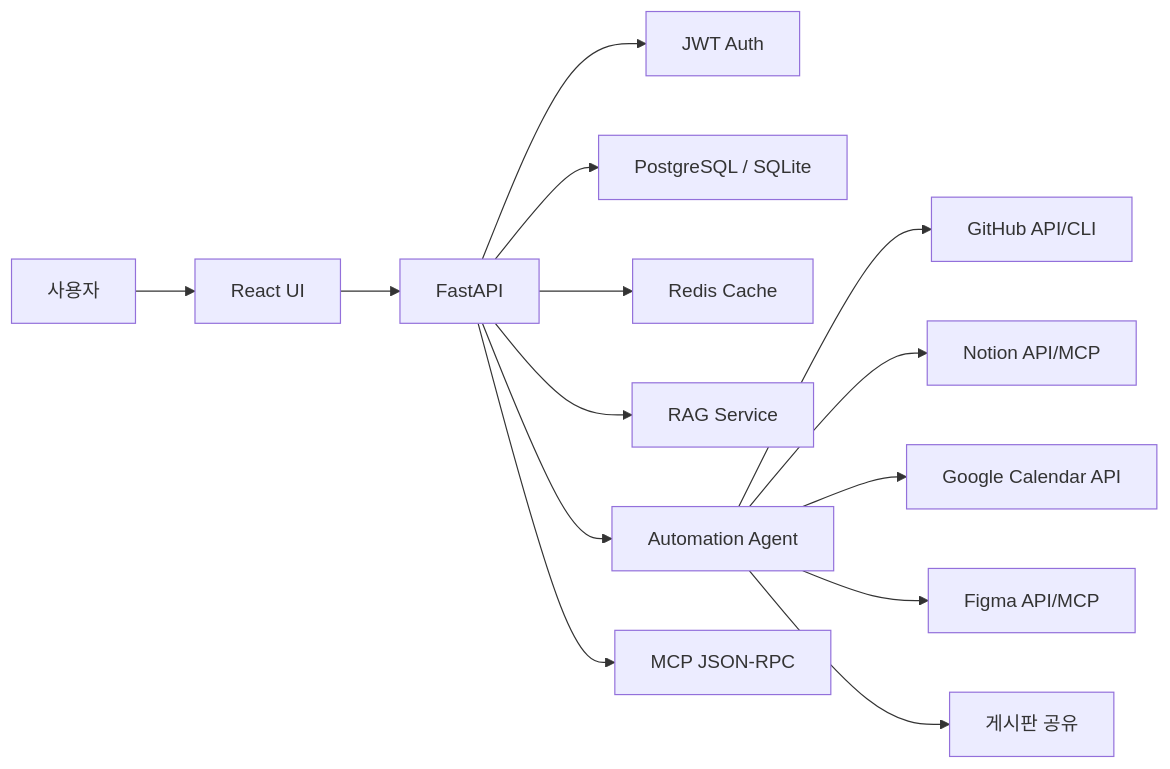
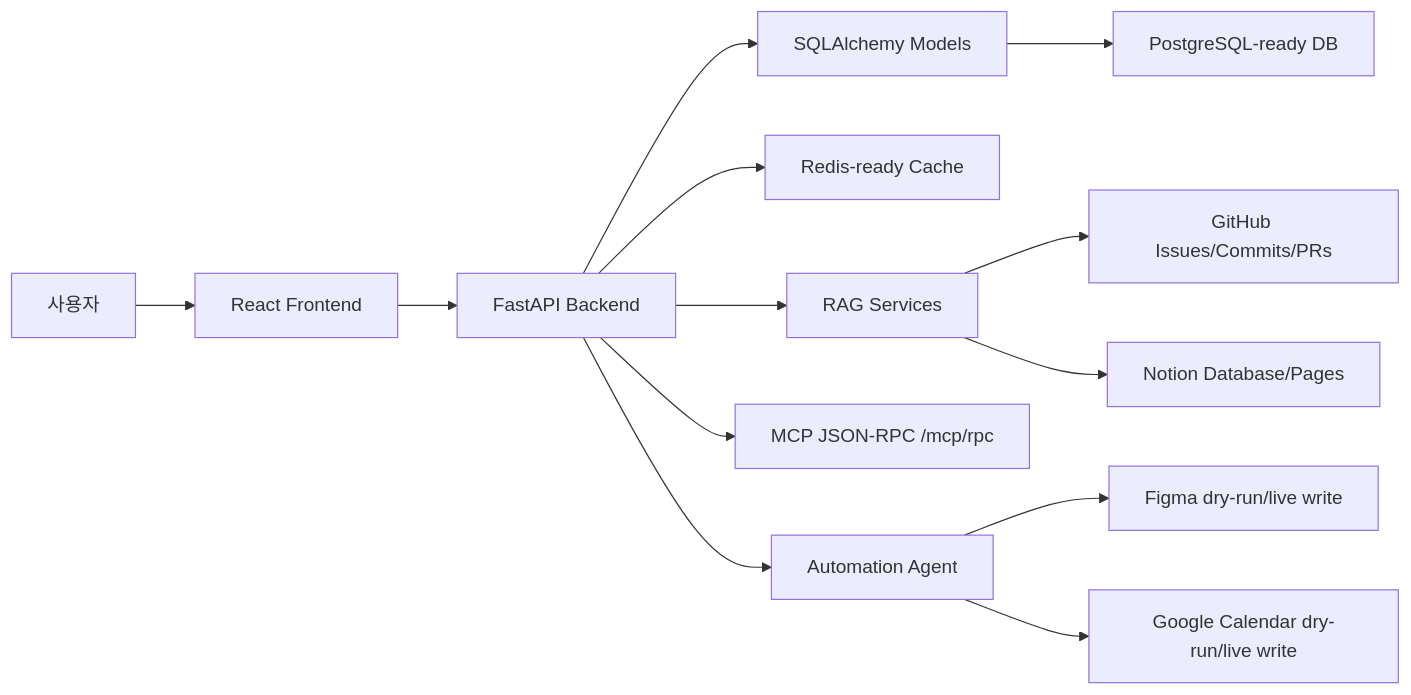
One commit to Wish-Upon-A-Star/ai-board-jungle changed the diagram in README.md. Above: the diagram before and after it, drawn with Mermaid. The commit also changed other lines of this file and 5 other files, not shown here.

````diff
--- a/README.md
+++ b/README.md
@@ -360,16 +65,15 @@
 ```mermaid
 flowchart LR
-  User["사용자"] --> React["React UI"]
-  React --> FastAPI["FastAPI"]
-  FastAPI --> Auth["JWT Auth"]
-  FastAPI --> DB["PostgreSQL / SQLite"]
-  FastAPI --> Redis["Redis Cache"]
-  FastAPI --> RAG["RAG Service"]
+  User["사용자"] --> React["React Frontend"]
+  React --> FastAPI["FastAPI Backend"]
+  FastAPI --> SQLAlchemy["SQLAlchemy Models"]
+  SQLAlchemy --> PostgreSQL["PostgreSQL-ready DB"]
+  FastAPI --> Redis["Redis-ready Cache"]
+  FastAPI --> RAG["RAG Services"]
+  FastAPI --> MCP["MCP JSON-RPC /mcp/rpc"]
   FastAPI --> Agent["Automation Agent"]
-  FastAPI --> MCP["MCP JSON-RPC"]
-  Agent --> GitHub["GitHub API/CLI"]
-  Agent --> Notion["Notion API/MCP"]
-  Agent --> Calendar["Google Calendar API"]
-  Agent --> Figma["Figma API/MCP"]
-  Agent --> Board["게시판 공유"]
+  RAG --> GitHub["GitHub Issues/Commits/PRs"]
+  RAG --> Notion["Notion Database/Pages"]
+  Agent --> Figma["Figma dry-run/live write"]
+  Agent --> Calendar["Google Calendar dry-run/live write"]
 ```
````
